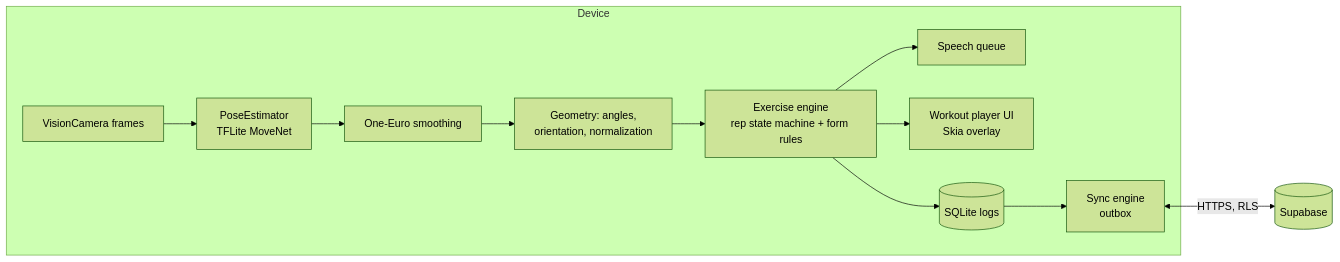
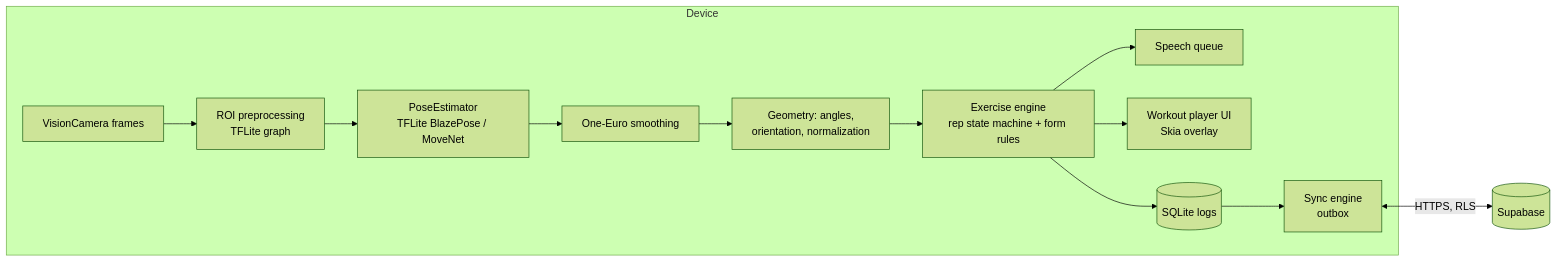
One commit to nandalalshukla/fitAi changed the diagram in docs/ARCHITECTURE.md. Above: the diagram before and after it, drawn with Mermaid (forest theme). The commit also changed other lines of this file and 4 other files, not shown here.

````diff
--- a/docs/ARCHITECTURE.md
+++ b/docs/ARCHITECTURE.md
@@ -6,14 +6,15 @@
 ```mermaid
 flowchart LR
   subgraph Device
-    CAM[VisionCamera frames] --> POSE[PoseEstimator<br/>TFLite MoveNet]
+    CAM[VisionCamera frames] --> PRE[ROI preprocessing<br/>TFLite graph]
+    PRE --> POSE[PoseEstimator<br/>TFLite BlazePose / MoveNet]
     POSE --> SMOOTH[One-Euro smoothing]
     SMOOTH --> GEO[Geometry: angles,<br/>orientation, normalization]
     GEO --> ENGINE[Exercise engine<br/>rep state machine + form rules]
     ENGINE --> VOICE[Speech queue]
     ENGINE --> UI[Workout player UI<br/>Skia overlay]
     ENGINE --> DB[(SQLite logs)]
     DB --> SYNC[Sync engine<br/>outbox]
   end
   SYNC <-->|HTTPS, RLS| SB[(Supabase)]
 ```
````
